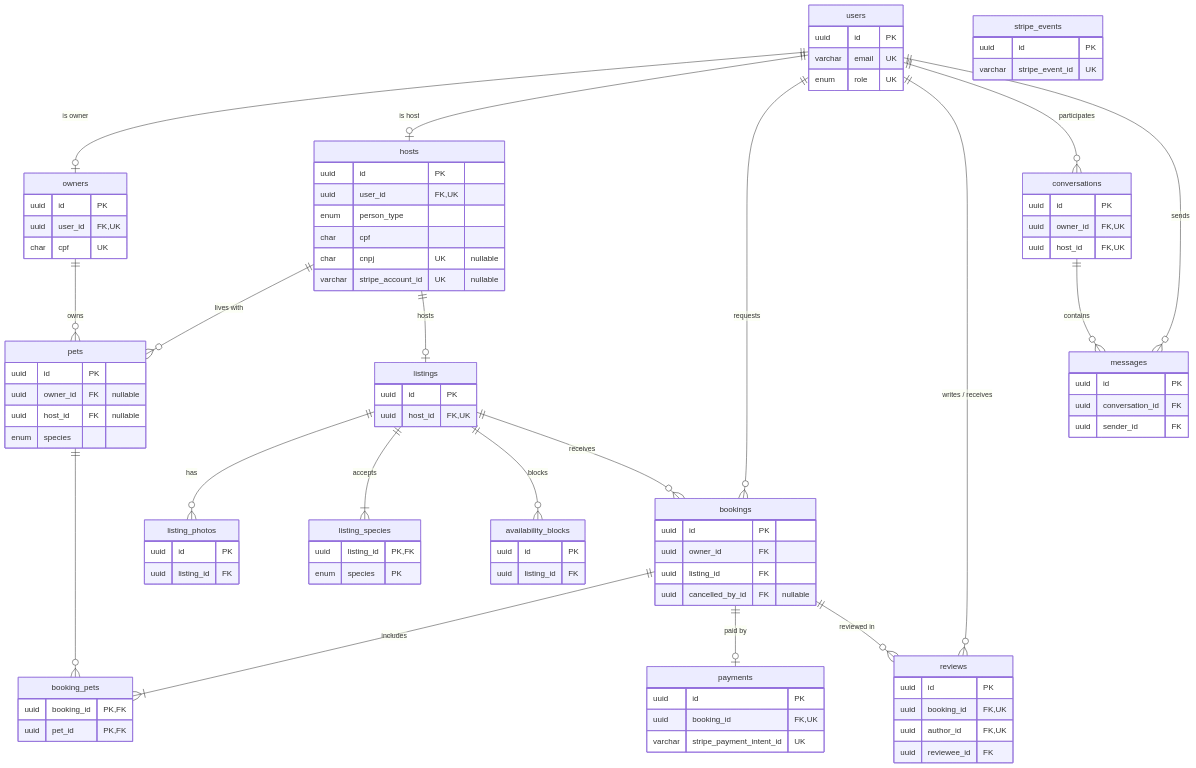
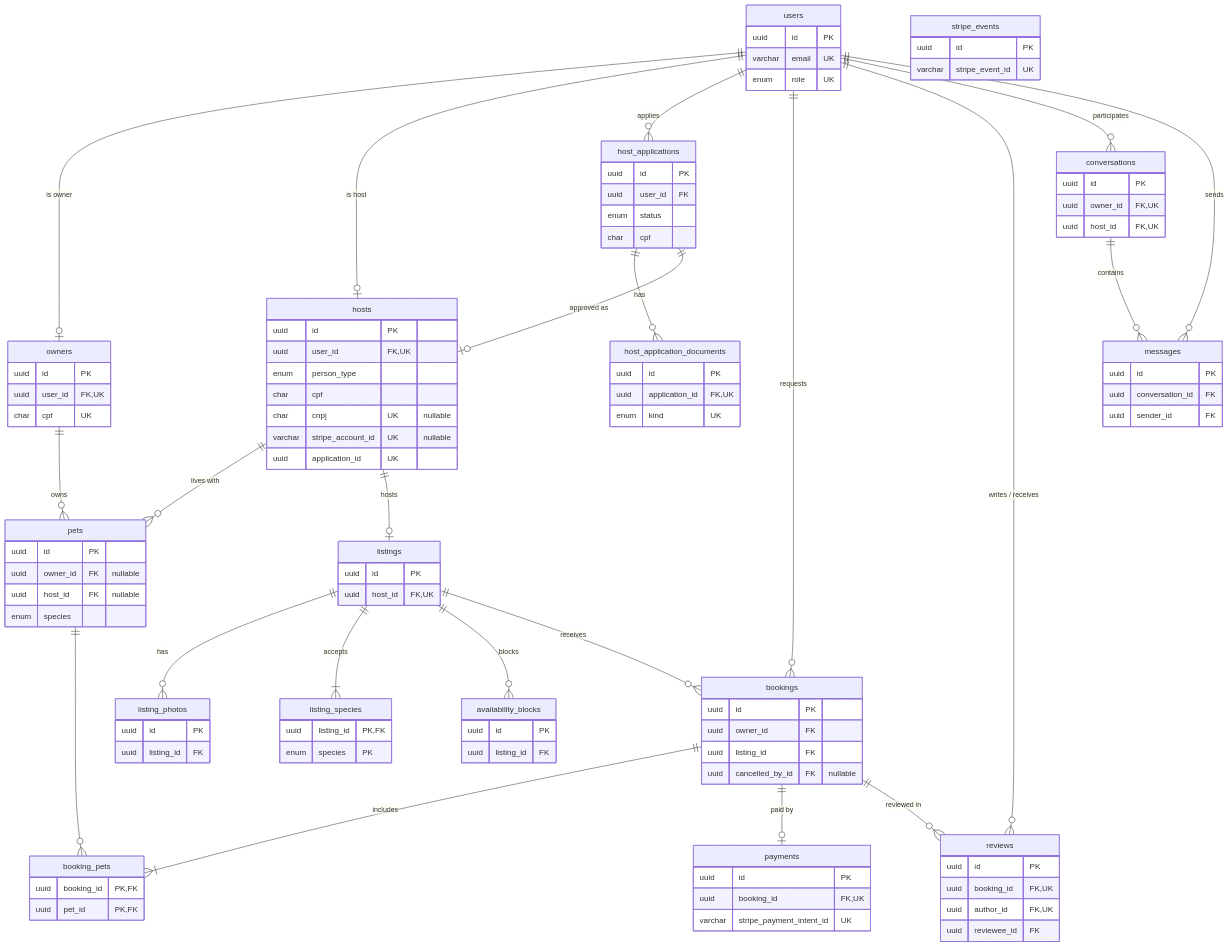
One commit to Olival42/pethost_backend changed the diagram in docs/escopo-mvp.md. Above: the diagram before and after it, drawn with Mermaid. The commit also changed other lines of this file and 147 other files, not shown here.

```diff
--- a/docs/escopo-mvp.md
+++ b/docs/escopo-mvp.md
@@ -202,6 +204,9 @@
 erDiagram
     users ||--o| owners : "is owner"
     users ||--o| hosts : "is host"
+    users ||--o{ host_applications : "applies"
+    host_applications ||--o{ host_application_documents : "has"
+    host_applications ||--o| hosts : "approved as"
     owners ||--o{ pets : "owns"
     hosts ||--o{ pets : "lives with"
     hosts ||--o| listings : "hosts"
@@ -235,6 +240,18 @@
         char cpf
         char cnpj UK "nullable"
         varchar stripe_account_id UK "nullable"
+        uuid application_id UK
+    }
+    host_applications {
+        uuid id PK
+        uuid user_id FK
+        enum status
+        char cpf
+    }
+    host_application_documents {
+        uuid id PK
+        uuid application_id FK, UK
+        enum kind UK
     }
     pets {
         uuid id PK
```
